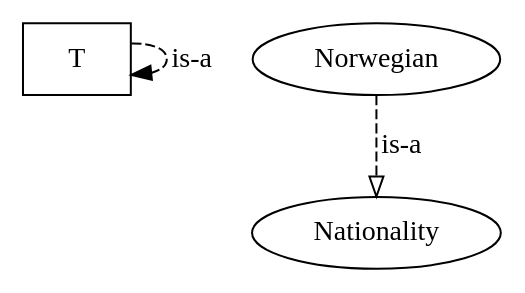
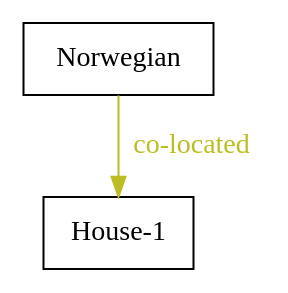
One commit to agutikov/ein changed the second of 5 diagrams in docs/ein/user/04-reference/12-rendering.md. Above: the diagram before and after it, drawn with Graphviz. The commit also changed other lines of this file and 17 other files, not shown here.

````diff
--- a/docs/ein/user/04-reference/12-rendering.md
+++ b/docs/ein/user/04-reference/12-rendering.md
@@ -60,9 +103,7 @@
 ```dot
-digraph ontology {
-  "T" [shape=box];
-  "Norwegian" [shape=oval];
-  "Nationality" [shape=oval];
-  "T" -> "T" [label="is-a", style=dashed];                                  // (relation is-a T T)
-  "Norwegian" -> "Nationality" [style=dashed, arrowhead=empty, label="is-a"];
+digraph facts {
+  "Norwegian" [shape=rectangle];
+  "House-1" [shape=rectangle];
+  "Norwegian" -> "House-1" [label="co-located", color="#bcbd22", fontcolor="#bcbd22", style=solid];
 }
 ```
````
